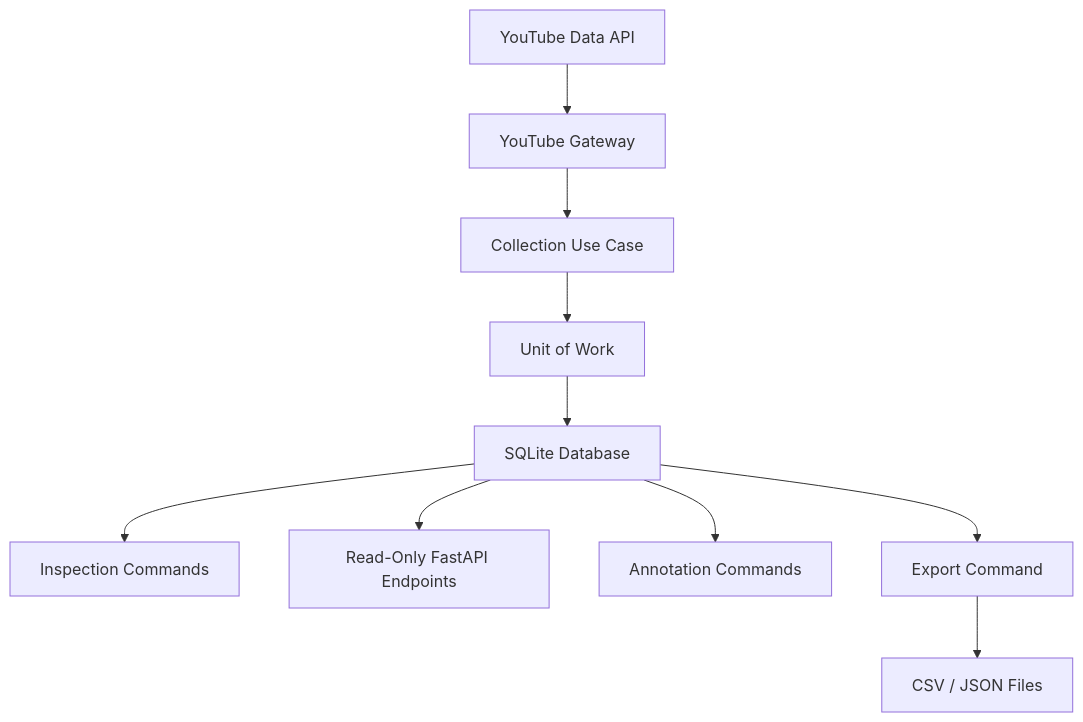
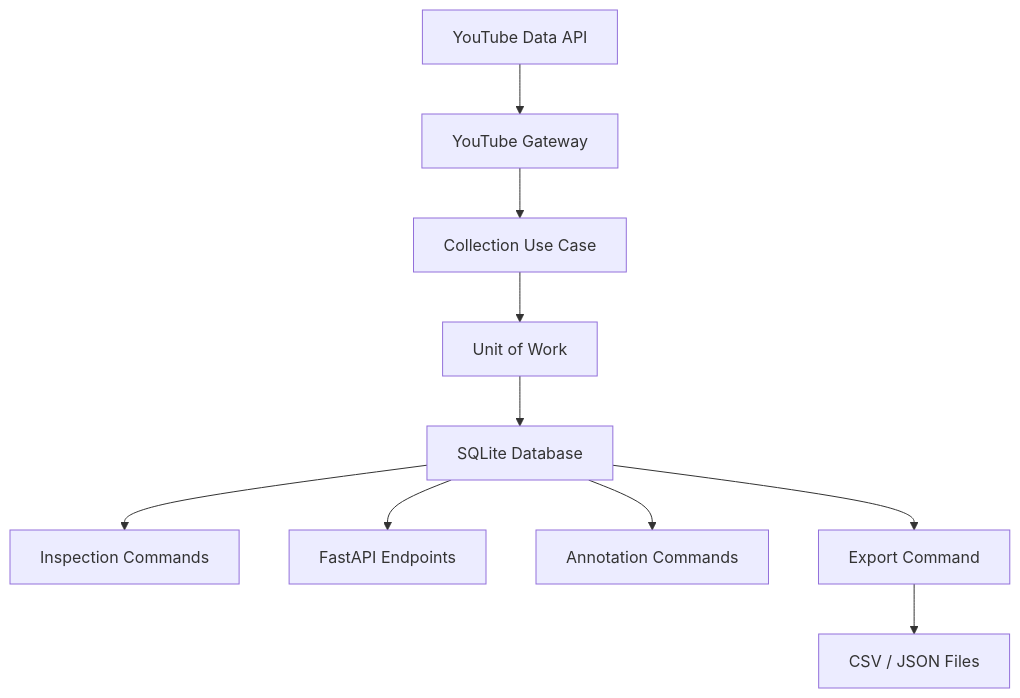
One commit to Inam-kakar/Fencing-Video-Research-Agent changed the second of 2 diagrams in README.md. Above: the diagram before and after it, drawn with Mermaid. The commit also changed other lines of this file and 21 other files, not shown here.

````diff
--- a/README.md
+++ b/README.md
@@ -114,12 +115,12 @@
 ```mermaid
 flowchart TD
     YT["YouTube Data API"] --> Gateway["YouTube Gateway"]
     Gateway --> Collect["Collection Use Case"]
     Collect --> UOW["Unit of Work"]
     UOW --> DB["SQLite Database"]
     DB --> Inspect["Inspection Commands"]
-    DB --> API["Read-Only FastAPI Endpoints"]
+    DB --> API["FastAPI Endpoints"]
     DB --> Annotate["Annotation Commands"]
     DB --> Export["Export Command"]
     Export --> Files["CSV / JSON Files"]
 ```
````
